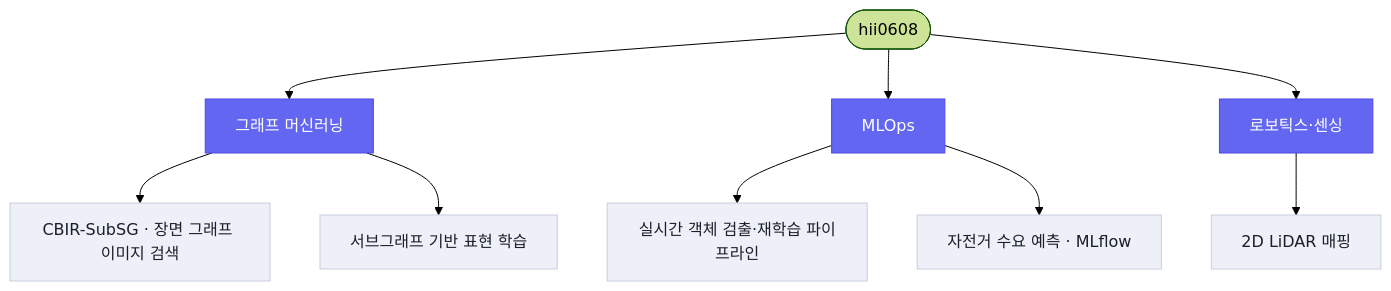
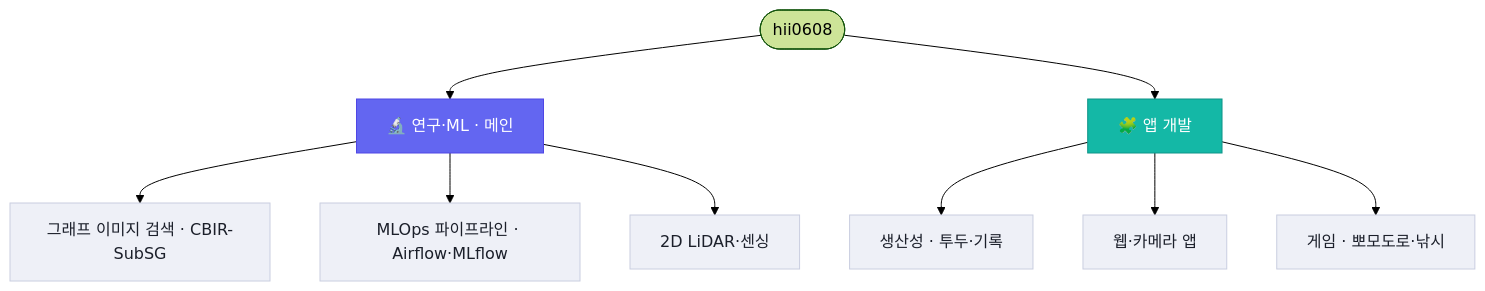
The diagram in profile.md (hii0608/hii0608.github.io), drawn with Mermaid (forest theme) before and after one commit. The commit also changed other lines of this file and 3 other files, not shown here.

First line of the commit message:
Add 9 app projects; feature ML/research as main

````diff
--- a/profile.md
+++ b/profile.md
@@ -7,19 +7,22 @@
 ```mermaid
 flowchart TD
     ME([hii0608])
 
-    ME --> GML[그래프 머신러닝]
-    ME --> OPS[MLOps]
-    ME --> ROB[로보틱스·센싱]
+    ME --> ML[🔬 연구·ML · 메인]
+    ME --> APP[🧩 앱 개발]
 
-    GML --> P1[CBIR-SubSG · 장면 그래프 이미지 검색]
-    GML --> P2[서브그래프 기반 표현 학습]
-    OPS --> P3[실시간 객체 검출·재학습 파이프라인]
-    OPS --> P4[자전거 수요 예측 · MLflow]
-    ROB --> P5[2D LiDAR 매핑]
+    ML --> R1[그래프 이미지 검색 · CBIR-SubSG]
+    ML --> R2[MLOps 파이프라인 · Airflow·MLflow]
+    ML --> R3[2D LiDAR·센싱]
 
-    classDef hub fill:#6366f1,stroke:#4f46e5,color:#fff;
+    APP --> A1[생산성 · 투두·기록]
+    APP --> A2[웹·카메라 앱]
+    APP --> A3[게임 · 뽀모도로·낚시]
+
+    classDef main fill:#6366f1,stroke:#4f46e5,color:#fff;
+    classDef app fill:#14b8a6,stroke:#0f9488,color:#fff;
     classDef proj fill:#eef0f7,stroke:#c9cee0,color:#1b1f2a;
-    class GML,OPS,ROB hub;
-    class P1,P2,P3,P4,P5 proj;
+    class ML main;
+    class APP app;
+    class R1,R2,R3,A1,A2,A3 proj;
 ```
````
